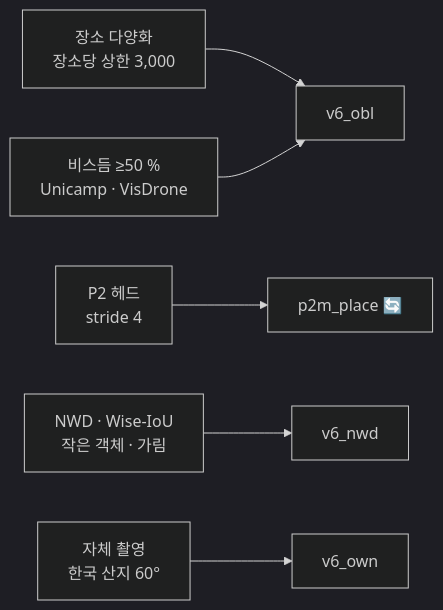
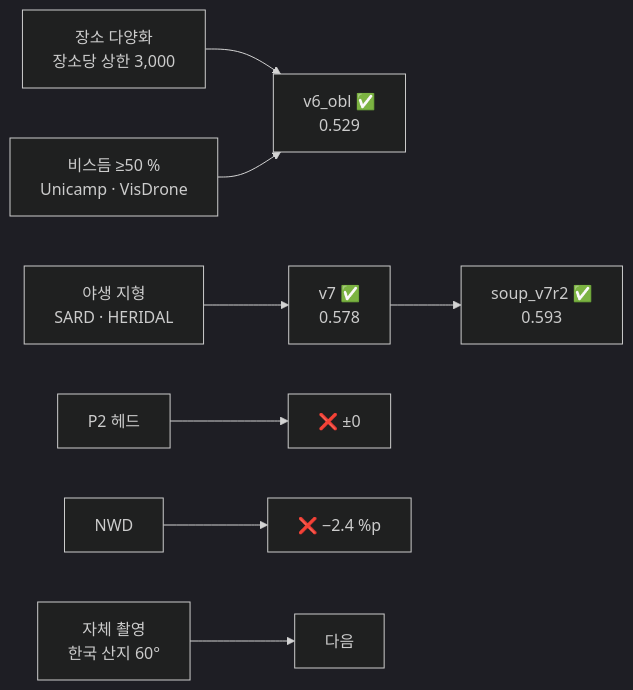
One commit to tim9985/Capstone changed the diagram in obsidian/06 이슈/장소 일반화 - NFR-V03 0.22.md. Above: the diagram before and after it, drawn with Mermaid (dark theme). The commit also changed other lines of this file and 24 other files, not shown here.

````diff
--- a/obsidian/06 이슈/장소 일반화 - NFR-V03 0.22.md
+++ b/obsidian/06 이슈/장소 일반화 - NFR-V03 0.22.md
@@ -22,8 +28,10 @@
 ```mermaid
 flowchart LR
-    A["장소 다양화<br/>장소당 상한 3,000"] --> V6["v6_obl"]
+    A["장소 다양화<br/>장소당 상한 3,000"] --> V6["v6_obl ✅<br/>0.529"]
     B["비스듬 ≥50 %<br/>Unicamp · VisDrone"] --> V6
-    C["P2 헤드<br/>stride 4"] --> P2["p2m_place 🔄"]
-    D["NWD · Wise-IoU<br/>작은 객체 · 가림"] --> L["v6_nwd"]
-    E["자체 촬영<br/>한국 산지 60°"] --> OWN["v6_own"]
+    W["야생 지형<br/>SARD · HERIDAL"] --> V7["v7 ✅<br/>0.578"]
+    V7 --> S["soup_v7r2 ✅<br/>0.593"]
+    C["P2 헤드"] --> X["❌ ±0"]
+    D["NWD"] --> X2["❌ −2.4 %p"]
+    E["자체 촬영<br/>한국 산지 60°"] --> OWN["다음"]
 ```
````
